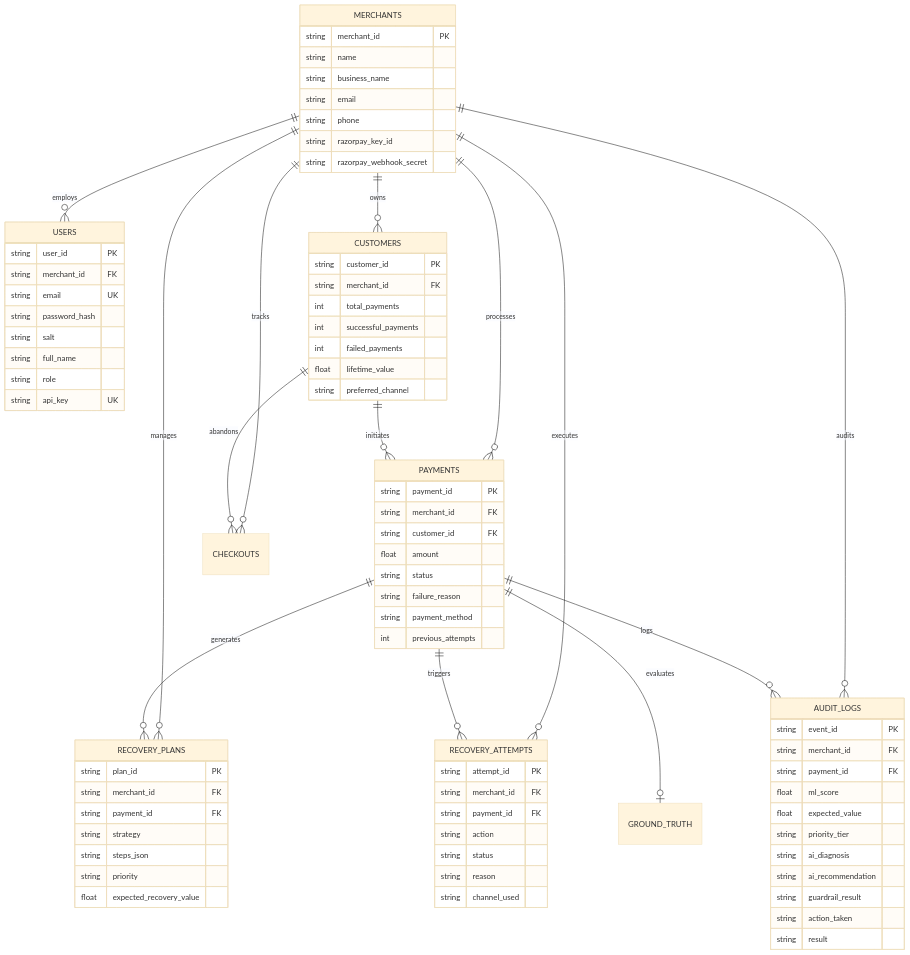
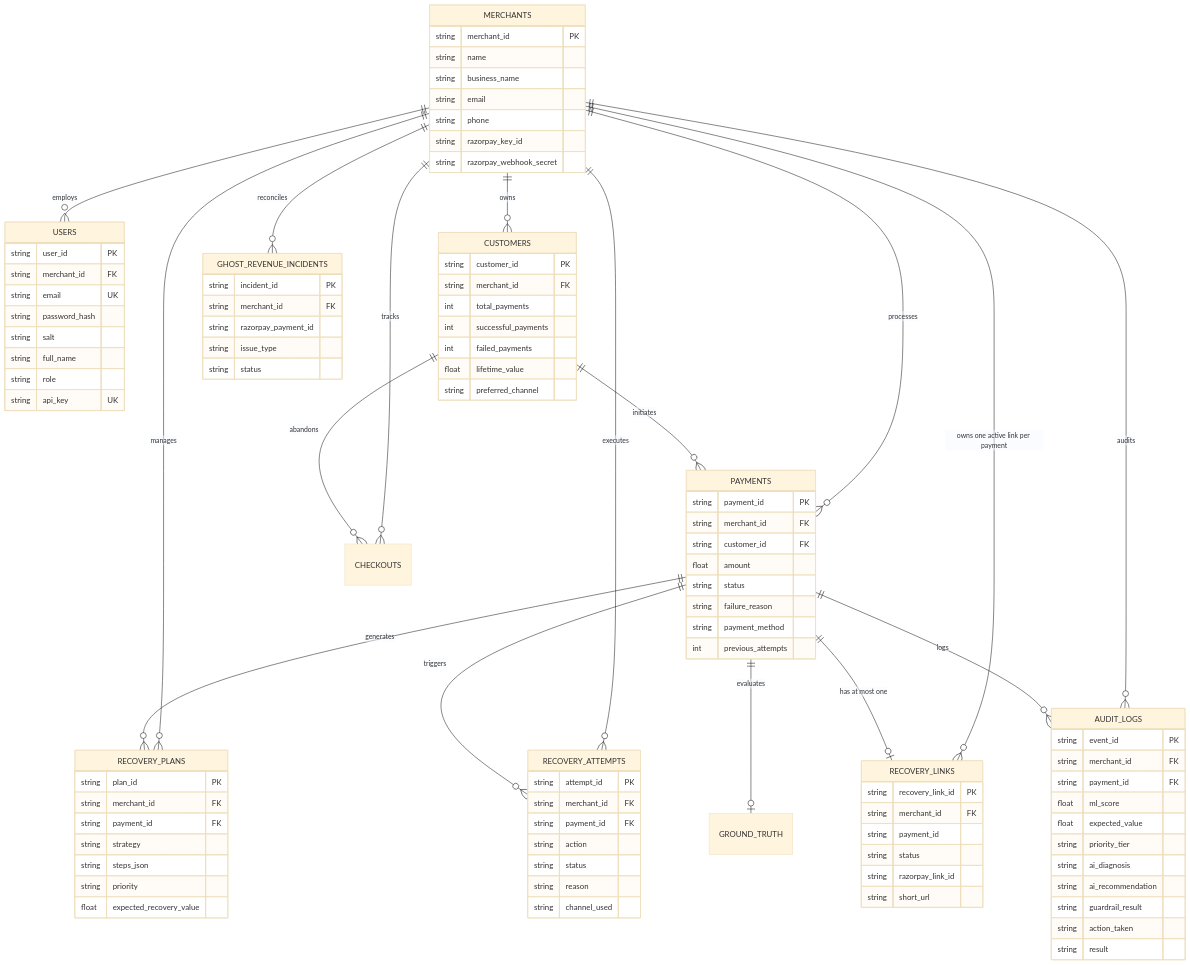
The sixth of 6 diagrams in README.md (vijith-bhima/RecoverAi), drawn with Mermaid (base theme) before and after one commit. The commit also changed other lines of this file, not shown here.

Commit message:
Refresh README for native-first recovery architecture

```diff
--- a/README.md
+++ b/README.md
@@ -351,11 +353,14 @@
     MERCHANTS ||--o{ CHECKOUTS : "tracks"
     MERCHANTS ||--o{ RECOVERY_PLANS : "manages"
     MERCHANTS ||--o{ RECOVERY_ATTEMPTS : "executes"
+    MERCHANTS ||--o{ RECOVERY_LINKS : "owns one active link per payment"
+    MERCHANTS ||--o{ GHOST_REVENUE_INCIDENTS : "reconciles"
     MERCHANTS ||--o{ AUDIT_LOGS : "audits"
     CUSTOMERS ||--o{ PAYMENTS : "initiates"
     CUSTOMERS ||--o{ CHECKOUTS : "abandons"
     PAYMENTS ||--o{ RECOVERY_PLANS : "generates"
     PAYMENTS ||--o{ RECOVERY_ATTEMPTS : "triggers"
+    PAYMENTS ||--o| RECOVERY_LINKS : "has at most one"
     PAYMENTS ||--o{ AUDIT_LOGS : "logs"
     PAYMENTS ||--o| GROUND_TRUTH : "evaluates"
 
@@ -415,6 +420,21 @@
         string reason
         string channel_used
     }
+    RECOVERY_LINKS {
+        string recovery_link_id PK
+        string merchant_id FK
+        string payment_id
+        string status
+        string razorpay_link_id
+        string short_url
+    }
+    GHOST_REVENUE_INCIDENTS {
+        string incident_id PK
+        string merchant_id FK
+        string razorpay_payment_id
+        string issue_type
+        string status
+    }
     AUDIT_LOGS {
         string event_id PK
         string merchant_id FK
```
